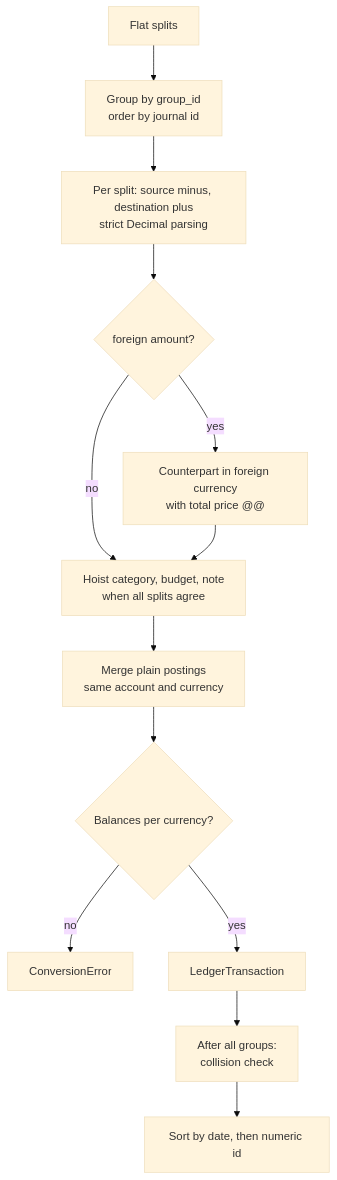
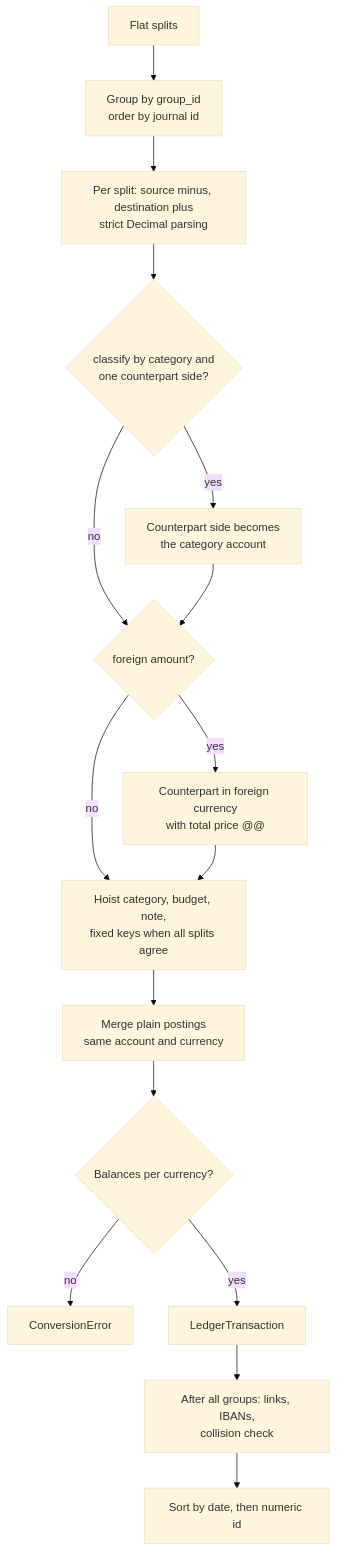
Before and after one commit to fran33git/firefly-reports: the fourth of 6 diagrams in docs/wiki/Ledger-Architecture.md, drawn with Mermaid (base theme). The commit also changed other lines of this file and 13 other files, not shown here.

````diff
--- a/docs/wiki/Ledger-Architecture.md
+++ b/docs/wiki/Ledger-Architecture.md
@@ -136,15 +198,18 @@
 ```mermaid
 flowchart TD
     A["Flat splits"] --> B["Group by group_id<br/>order by journal id"]
     B --> C["Per split: source minus, destination plus<br/>strict Decimal parsing"]
-    C --> D{"foreign amount?"}
+    C --> CAT{"classify by category and<br/>one counterpart side?"}
+    CAT -- yes --> CA["Counterpart side becomes<br/>the category account"]
+    CAT -- no --> D
+    CA --> D{"foreign amount?"}
     D -- yes --> E["Counterpart in foreign currency<br/>with total price @@"]
     D -- no --> F
-    E --> F["Hoist category, budget, note<br/>when all splits agree"]
+    E --> F["Hoist category, budget, note,<br/>fixed keys when all splits agree"]
     F --> G["Merge plain postings<br/>same account and currency"]
     G --> H{"Balances per currency?"}
     H -- no --> X["ConversionError"]
     H -- yes --> I["LedgerTransaction"]
-    I --> J["After all groups:<br/>collision check"]
+    I --> J["After all groups: links, IBANs,<br/>collision check"]
     J --> K["Sort by date, then numeric id"]
 ```
````
